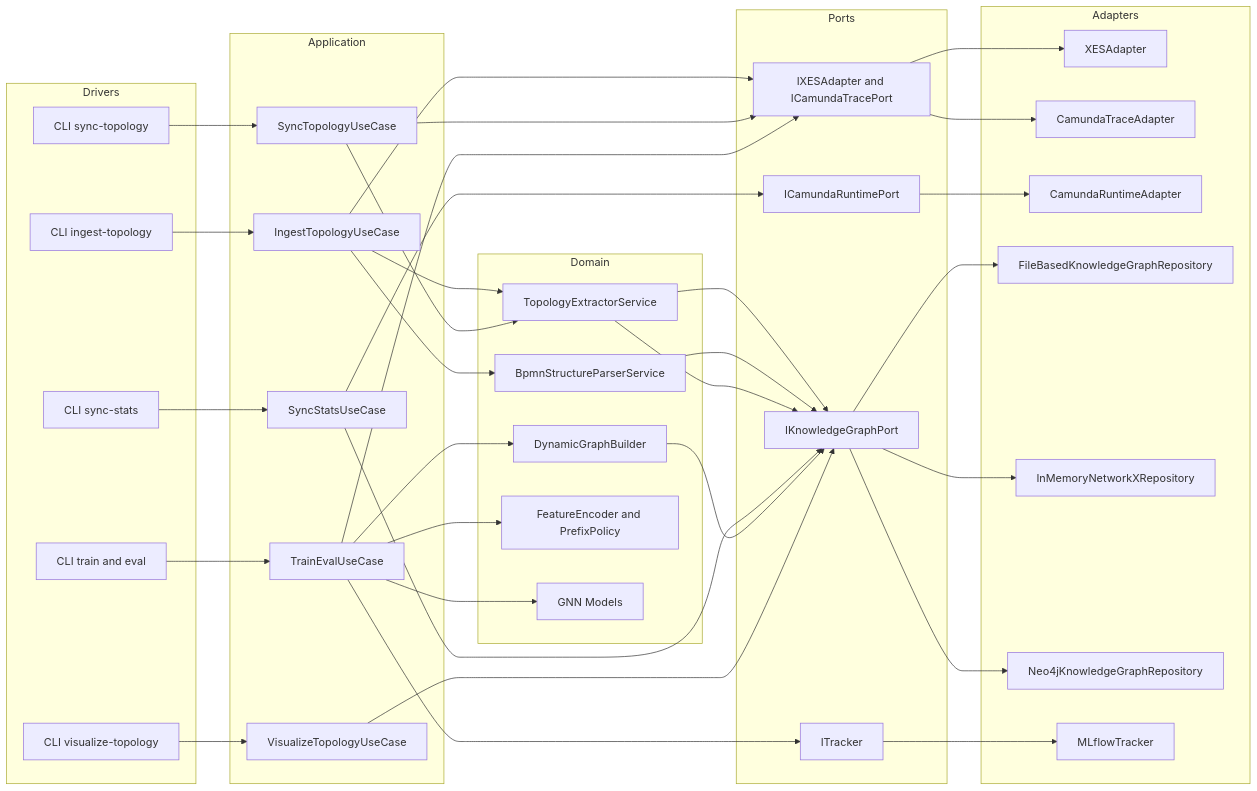
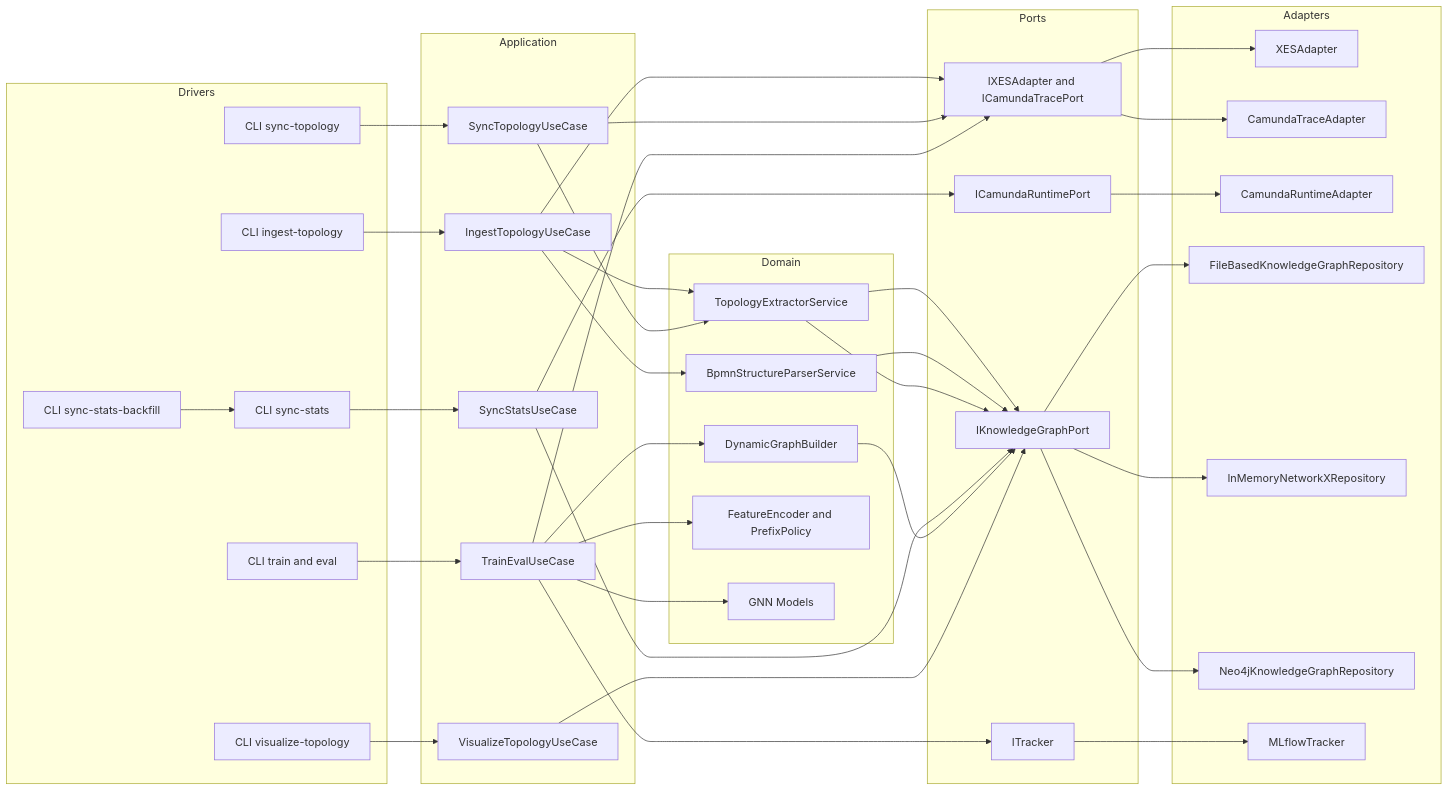
Before and after one commit to ghsrg/bpm_prediction: the diagram in docs/ARCHITECTURE_MVP2_5.MD, drawn with Mermaid. The commit also changed other lines of this file and 30 other files, not shown here.

````diff
--- a/docs/ARCHITECTURE_MVP2_5.MD
+++ b/docs/ARCHITECTURE_MVP2_5.MD
@@ -26,79 +28,81 @@
 ```mermaid
 flowchart LR
     subgraph Drivers
         CLI_INGEST[CLI ingest-topology]
         CLI_SYNC[CLI sync-topology]
         CLI_STATS[CLI sync-stats]
+        CLI_BACKFILL[CLI sync-stats-backfill]
         CLI_TRAIN[CLI train and eval]
         TOOL_VIS[CLI visualize-topology]
     end
 
     subgraph Application
         UC_INGEST[IngestTopologyUseCase]
         UC_SYNC[SyncTopologyUseCase]
         UC_STATS[SyncStatsUseCase]
         UC_TRAIN[TrainEvalUseCase]
         UC_VIS[VisualizeTopologyUseCase]
     end
 
     subgraph Ports
         PORT_TRACE[IXESAdapter and ICamundaTracePort]
         PORT_RUNTIME[ICamundaRuntimePort]
         PORT_KG[IKnowledgeGraphPort]
         PORT_TRACK[ITracker]
     end
 
     subgraph Domain
         SVC_EXTRACT[TopologyExtractorService]
         SVC_PARSER[BpmnStructureParserService]
         SVC_BUILDER[DynamicGraphBuilder]
         SVC_ENCODER[FeatureEncoder and PrefixPolicy]
         SVC_MODEL[GNN Models]
     end
 
     subgraph Adapters
         AD_XES[XESAdapter]
         AD_CAM_TRACE[CamundaTraceAdapter]
         AD_CAM_RT[CamundaRuntimeAdapter]
         AD_REPO_FILE[FileBasedKnowledgeGraphRepository]
         AD_REPO_MEM[InMemoryNetworkXRepository]
         AD_REPO_NEO[Neo4jKnowledgeGraphRepository]
         AD_TRACK[MLflowTracker]
     end
 
     CLI_INGEST --> UC_INGEST
     CLI_SYNC --> UC_SYNC
     CLI_STATS --> UC_STATS
+    CLI_BACKFILL --> CLI_STATS
     CLI_TRAIN --> UC_TRAIN
     TOOL_VIS --> UC_VIS
 
     UC_INGEST --> PORT_TRACE
     UC_INGEST --> SVC_EXTRACT
     UC_INGEST --> SVC_PARSER
     SVC_EXTRACT --> PORT_KG
     SVC_PARSER --> PORT_KG
 
     UC_SYNC --> PORT_TRACE
     UC_SYNC --> SVC_EXTRACT
     SVC_EXTRACT --> PORT_KG
 
     UC_STATS --> PORT_RUNTIME
     UC_STATS --> PORT_KG
 
     UC_TRAIN --> PORT_TRACE
     UC_TRAIN --> SVC_ENCODER
     UC_TRAIN --> SVC_BUILDER
     SVC_BUILDER --> PORT_KG
     UC_TRAIN --> SVC_MODEL
     UC_TRAIN --> PORT_TRACK
 
     UC_VIS --> PORT_KG
 
     PORT_TRACE --> AD_XES
     PORT_TRACE --> AD_CAM_TRACE
     PORT_RUNTIME --> AD_CAM_RT
     PORT_KG --> AD_REPO_FILE
     PORT_KG --> AD_REPO_MEM
     PORT_KG --> AD_REPO_NEO
     PORT_TRACK --> AD_TRACK
 ```
````
